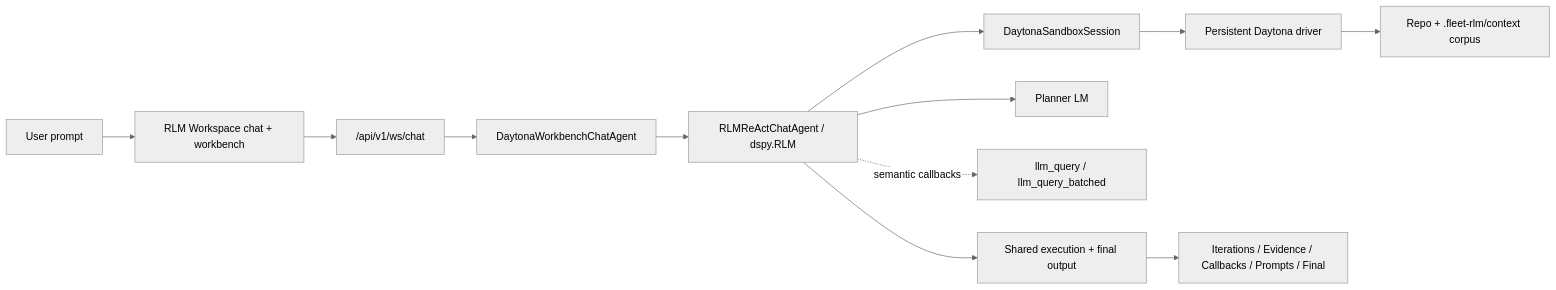
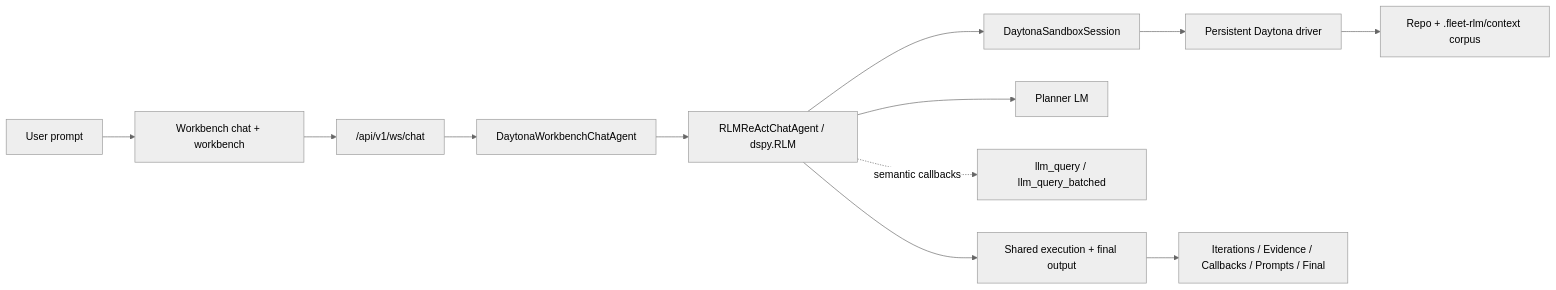
Before and after one commit to Qredence/fleet-rlm: the second of 6 diagrams in docs/architecture.md, drawn with Mermaid (neutral theme). The commit also changed other lines of this file and 16 other files, not shown here.

````diff
--- a/docs/architecture.md
+++ b/docs/architecture.md
@@ -269,14 +269,14 @@
 ```mermaid
 flowchart LR
-    User["User prompt"] --> Workspace["RLM Workspace chat + workbench"]
+    User["User prompt"] --> Workspace["Workbench chat + workbench"]
     Workspace --> WS["/api/v1/ws/chat"]
     WS --> Agent["DaytonaWorkbenchChatAgent"]
     Agent --> Shared["RLMReActChatAgent / dspy.RLM"]
     Shared --> Session["DaytonaSandboxSession"]
     Shared --> Planner["Planner LM"]
     Shared -. semantic callbacks .-> Delegate["llm_query / llm_query_batched"]
     Session --> Driver["Persistent Daytona driver"]
     Driver --> Corpus["Repo + .fleet-rlm/context corpus"]
     Shared --> Result["Shared execution + final output"]
     Result --> Tabs["Iterations / Evidence / Callbacks / Prompts / Final"]
 ```
````
